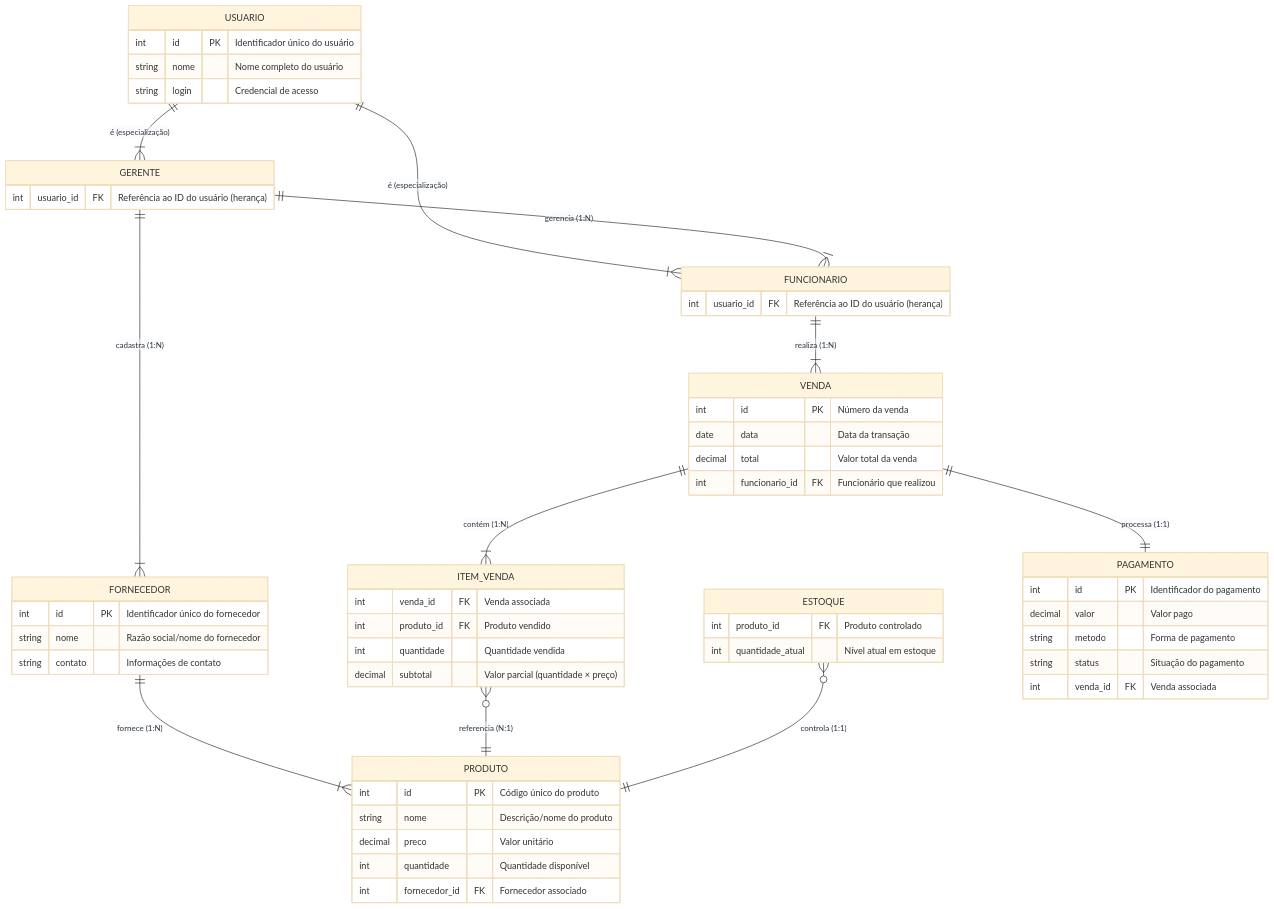
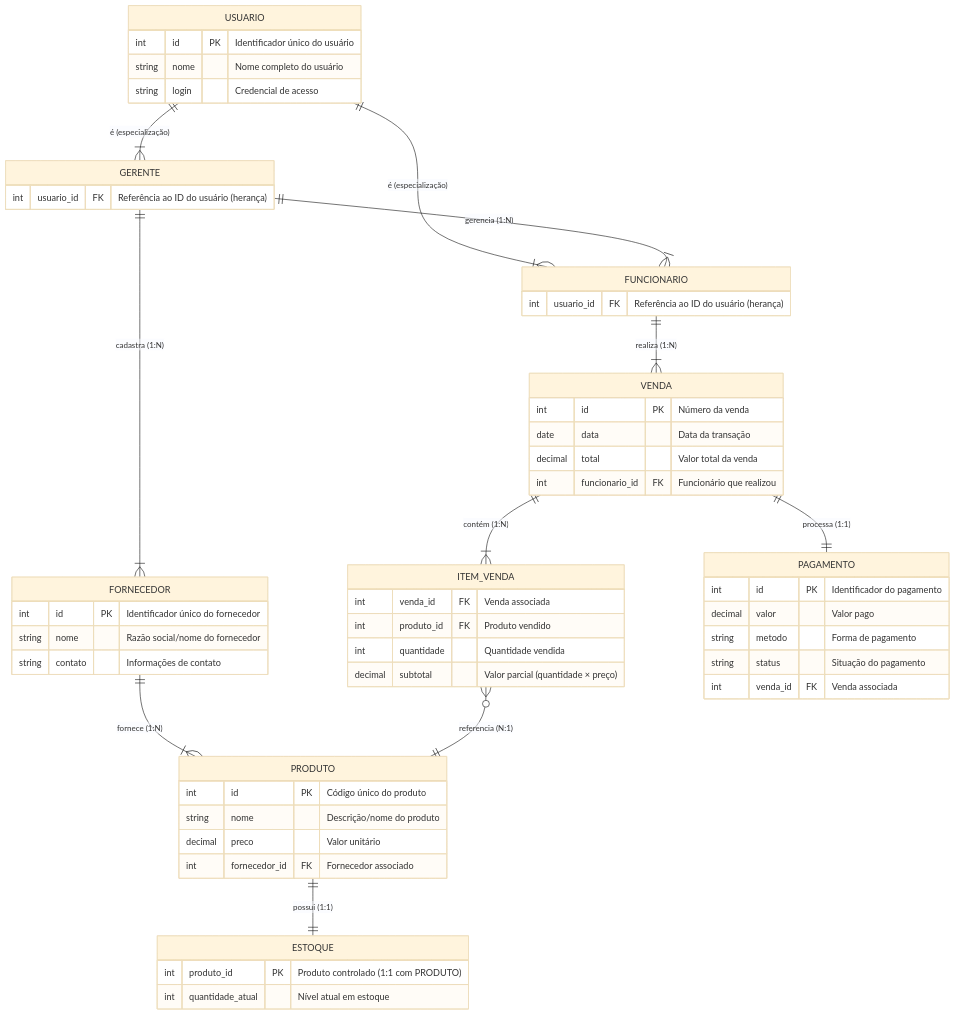
Before and after one commit to Joyce8900/SGO-EngII: the second of 2 diagrams in docs/doc-modelo.md, drawn with Mermaid (base theme). The commit also changed other lines of this file, not shown here.

Commit message:
doc: Add estoque no diagrama e correções #75

````diff
--- a/docs/doc-modelo.md
+++ b/docs/doc-modelo.md
@@ -136,68 +135,67 @@
 ```mermaid
 erDiagram
     USUARIO {
         int id PK "Identificador único do usuário"
         string nome "Nome completo do usuário"
         string login "Credencial de acesso"
     }
 
     GERENTE {
         int usuario_id FK "Referência ao ID do usuário (herança)"
     }
 
     FUNCIONARIO {
         int usuario_id FK "Referência ao ID do usuário (herança)"
     }
 
     FORNECEDOR {
         int id PK "Identificador único do fornecedor"
         string nome "Razão social/nome do fornecedor"
         string contato "Informações de contato"
     }
 
     PRODUTO {
         int id PK "Código único do produto"
         string nome "Descrição/nome do produto"
         decimal preco "Valor unitário"
-        int quantidade "Quantidade disponível"
         int fornecedor_id FK "Fornecedor associado"
     }
 
     ESTOQUE {
-        int produto_id FK "Produto controlado"
+        int produto_id PK "Produto controlado (1:1 com PRODUTO)"
         int quantidade_atual "Nível atual em estoque"
     }
 
     VENDA {
         int id PK "Número da venda"
         date data "Data da transação"
         decimal total "Valor total da venda"
         int funcionario_id FK "Funcionário que realizou"
     }
 
     ITEM_VENDA {
         int venda_id FK "Venda associada"
         int produto_id FK "Produto vendido"
         int quantidade "Quantidade vendida"
         decimal subtotal "Valor parcial (quantidade × preço)"
     }
 
     PAGAMENTO {
         int id PK "Identificador do pagamento"
         decimal valor "Valor pago"
         string metodo "Forma de pagamento"
         string status "Situação do pagamento"
         int venda_id FK "Venda associada"
     }
 
     USUARIO ||--|{ GERENTE : "é (especialização)"
     USUARIO ||--|{ FUNCIONARIO : "é (especialização)"
     GERENTE ||--|{ FUNCIONARIO : "gerencia (1:N)"
     GERENTE ||--|{ FORNECEDOR : "cadastra (1:N)"
     FORNECEDOR ||--|{ PRODUTO : "fornece (1:N)"
     FUNCIONARIO ||--|{ VENDA : "realiza (1:N)"
     VENDA ||--|{ ITEM_VENDA : "contém (1:N)"
     ITEM_VENDA }o--|| PRODUTO : "referencia (N:1)"
     VENDA ||--|| PAGAMENTO : "processa (1:1)"
-    ESTOQUE }o--|| PRODUTO : "controla (1:1)"
+    PRODUTO ||--|| ESTOQUE : "possui (1:1)"
 ```
````
